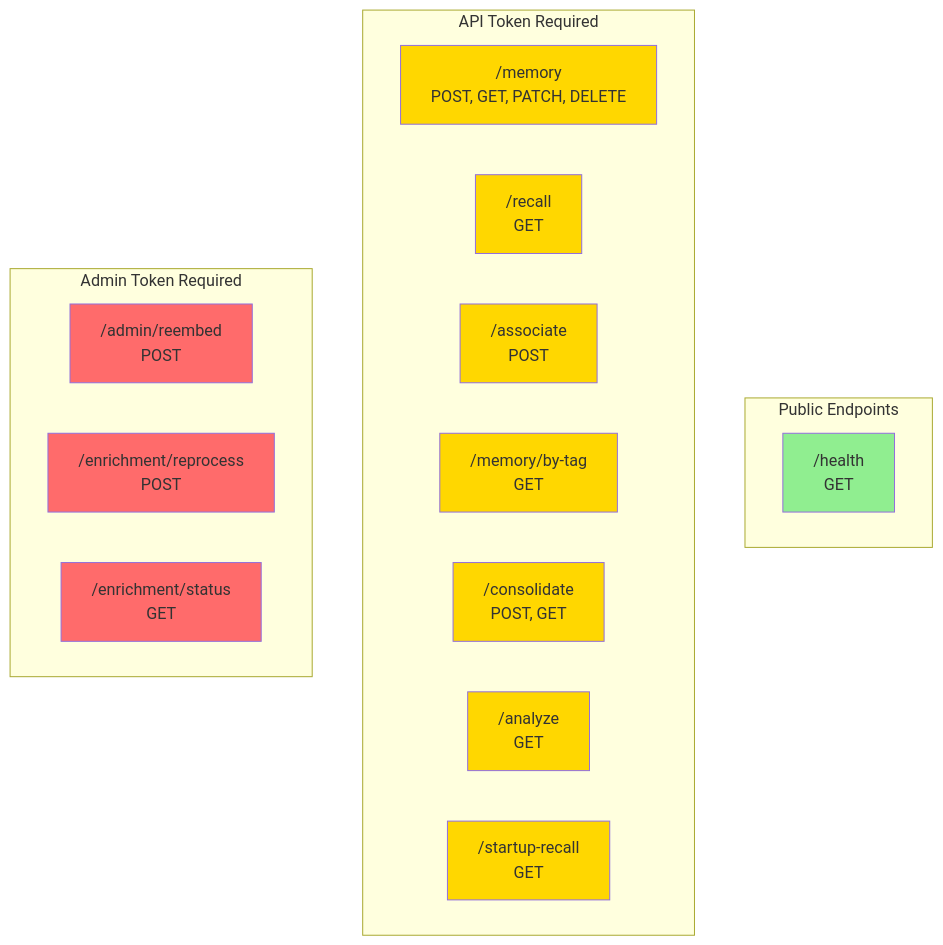
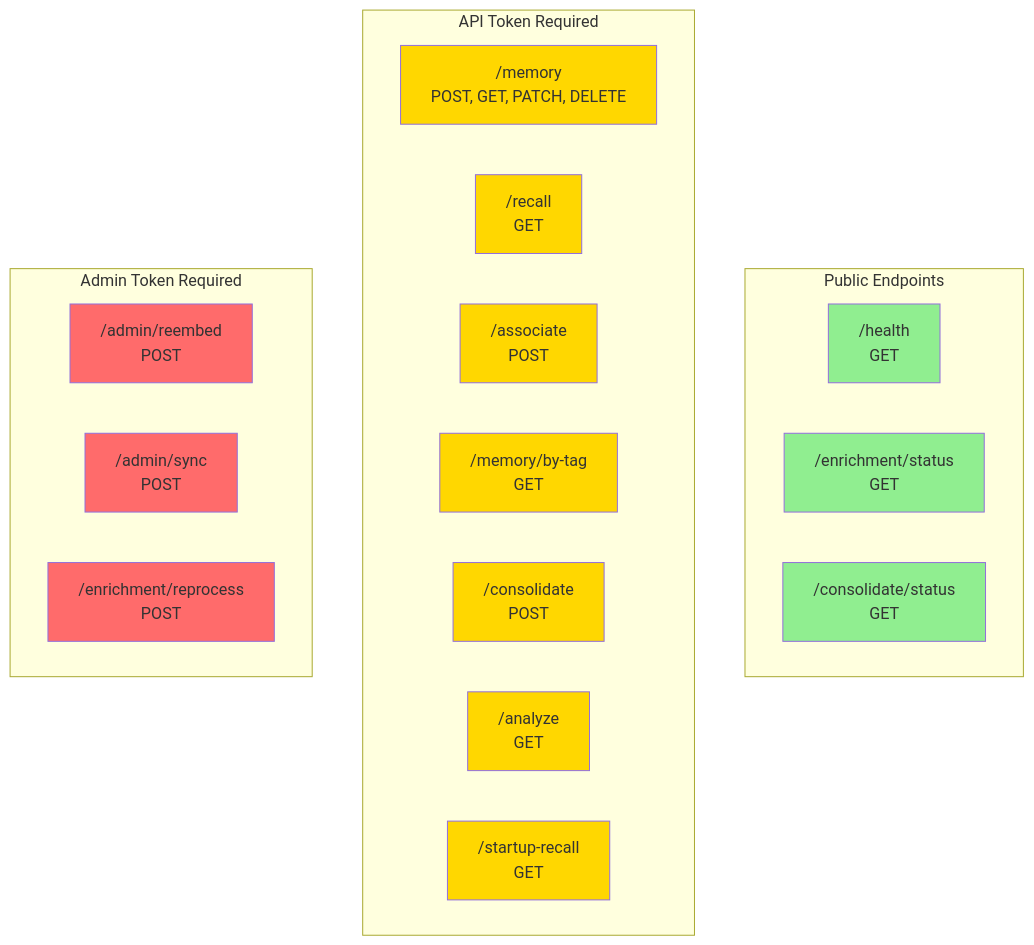
One commit to verygoodplugins/automem-website changed the third of 3 diagrams in src/content/docs/docs/reference/authentication.md. Above: the diagram before and after it, drawn with Mermaid. The commit also changed other lines of this file and 48 other files, not shown here.

````diff
--- a/src/content/docs/docs/reference/authentication.md
+++ b/src/content/docs/docs/reference/authentication.md
@@ -165,34 +167,38 @@
 ```mermaid
 graph TB
     subgraph "Public Endpoints"
         Health["/health<br/>GET"]
+        EnrichStatus["/enrichment/status<br/>GET"]
+        ConsolidateStatus["/consolidate/status<br/>GET"]
     end
 
     subgraph "API Token Required"
         Memory["/memory<br/>POST, GET, PATCH, DELETE"]
         Recall["/recall<br/>GET"]
         Associate["/associate<br/>POST"]
         ByTag["/memory/by-tag<br/>GET"]
-        Consolidate["/consolidate<br/>POST, GET"]
+        Consolidate["/consolidate<br/>POST"]
         Analyze["/analyze<br/>GET"]
         StartupRecall["/startup-recall<br/>GET"]
     end
 
     subgraph "Admin Token Required"
         Reembed["/admin/reembed<br/>POST"]
+        Sync["/admin/sync<br/>POST"]
         Reprocess["/enrichment/reprocess<br/>POST"]
-        EnrichStatus["/enrichment/status<br/>GET"]
     end
 
     style Health fill:#90EE90
+    style EnrichStatus fill:#90EE90
+    style ConsolidateStatus fill:#90EE90
     style Memory fill:#FFD700
     style Recall fill:#FFD700
     style Associate fill:#FFD700
     style ByTag fill:#FFD700
     style Consolidate fill:#FFD700
     style Analyze fill:#FFD700
     style StartupRecall fill:#FFD700
     style Reembed fill:#FF6B6B
+    style Sync fill:#FF6B6B
     style Reprocess fill:#FF6B6B
-    style EnrichStatus fill:#FF6B6B
 ```
````
